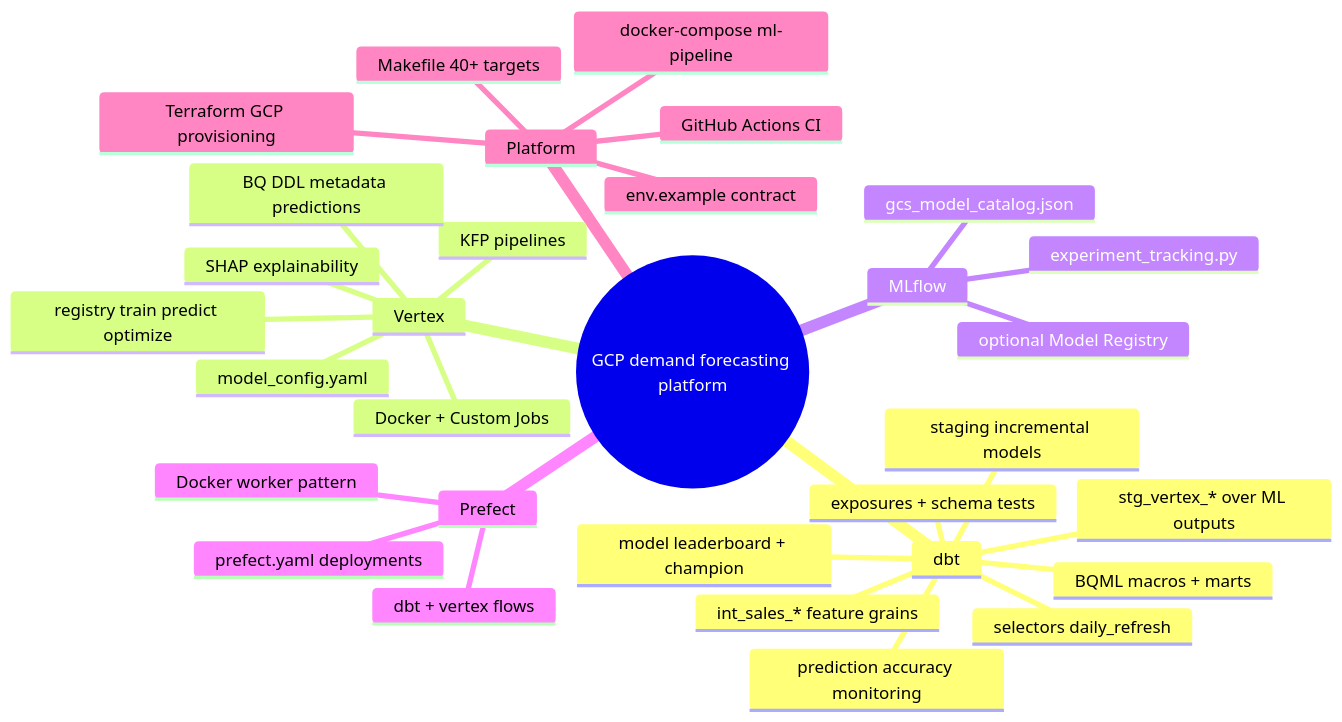
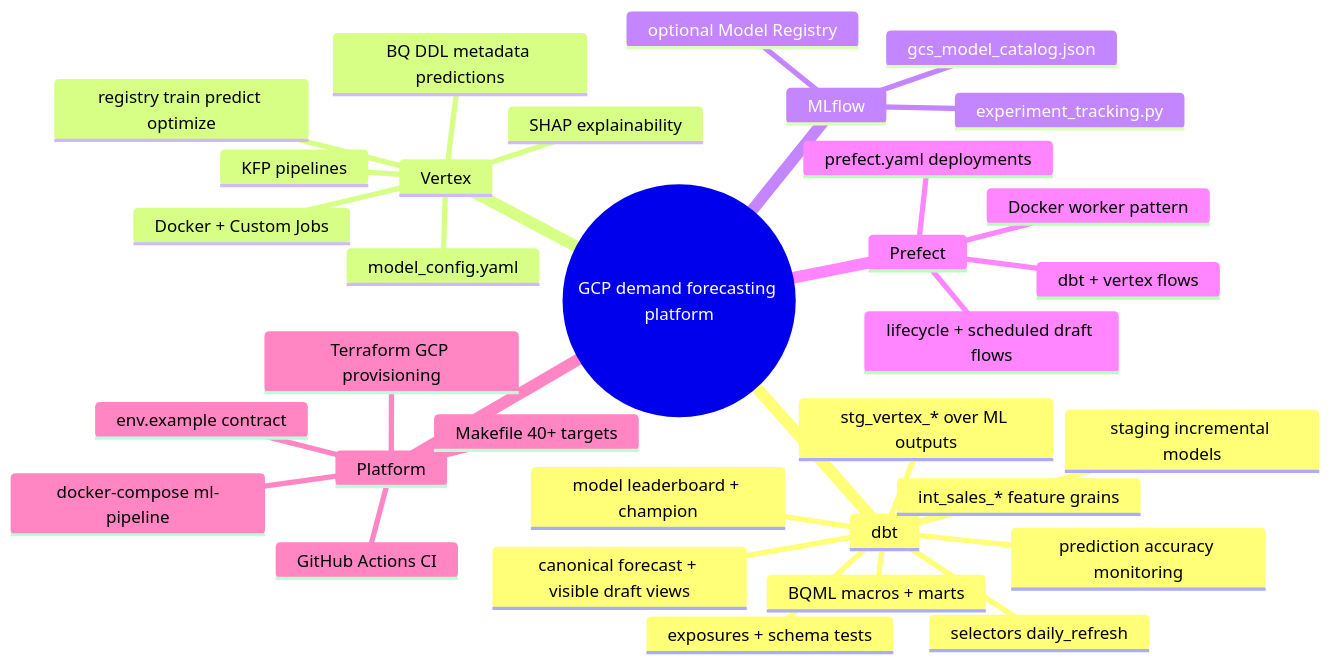
One commit to the-datastrategist/tds-dbt-favorita changed the diagram in docs/accelerators.md. Above: the diagram before and after it, drawn with Mermaid. The commit also changed other lines of this file and 119 other files, not shown here.

````diff
--- a/docs/accelerators.md
+++ b/docs/accelerators.md
@@ -11,34 +11,36 @@
 ```mermaid
 mindmap
   root((GCP demand forecasting platform))
     dbt
       staging incremental models
       int_sales_* feature grains
       BQML macros + marts
       stg_vertex_* over ML outputs
       model leaderboard + champion
       prediction accuracy monitoring
+      canonical forecast + visible draft views
       exposures + schema tests
       selectors daily_refresh
     Vertex
       model_config.yaml
       registry train predict optimize
       SHAP explainability
       KFP pipelines
       BQ DDL metadata predictions
       Docker + Custom Jobs
     MLflow
       experiment_tracking.py
       gcs_model_catalog.json
       optional Model Registry
     Prefect
       prefect.yaml deployments
       dbt + vertex flows
+      lifecycle + scheduled draft flows
       Docker worker pattern
     Platform
       Makefile 40+ targets
       docker-compose ml-pipeline
       GitHub Actions CI
       env.example contract
       Terraform GCP provisioning
 ```
````
